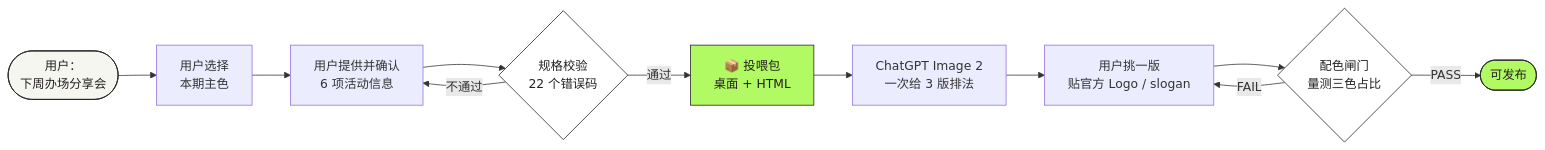
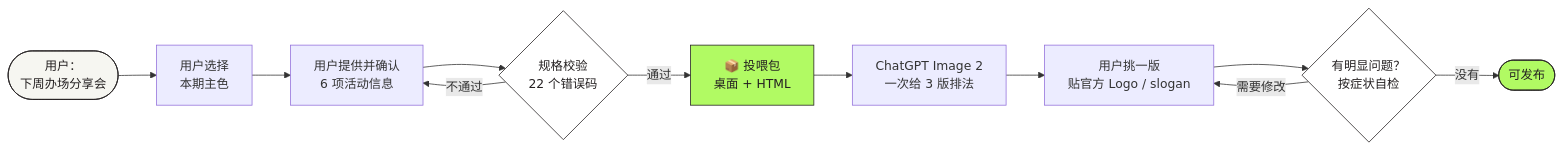
The diagram in README.md (Verayi2007/iflink-meetup-poster-skill), drawn with Mermaid before and after one commit. The commit also changed other lines of this file and 2 other files, not shown here.

````diff
--- a/README.md
+++ b/README.md
@@ -42,19 +42,19 @@
 ```mermaid
 flowchart LR
     A(["用户：<br/>下周办场分享会"]) --> P["用户选择<br/>本期主色"]
     P --> B["用户提供并确认<br/>6 项活动信息"]
     B --> C{"规格校验<br/>22 个错误码"}
     C -->|通过| D["📦 投喂包<br/>桌面 + HTML"]
     C -->|不通过| B
     D --> E["ChatGPT Image 2<br/>一次给 3 版排法"]
     E --> F["用户挑一版<br/>贴官方 Logo / slogan"]
-    F --> G{"配色闸门<br/>量测三色占比"}
-    G -->|PASS| H(["可发布"])
-    G -->|FAIL| F
+    F --> G{"有明显问题？<br/>按症状自检"}
+    G -->|没有| H(["可发布"])
+    G -->|需要修改| F
 
     style A fill:#F6F6F1,stroke:#242021,color:#242021
     style D fill:#B1FA63,stroke:#242021,color:#242021
     style H fill:#B1FA63,stroke:#242021,color:#242021
     style C fill:#ffffff,stroke:#242021,color:#242021
     style G fill:#ffffff,stroke:#242021,color:#242021
 ```
````
